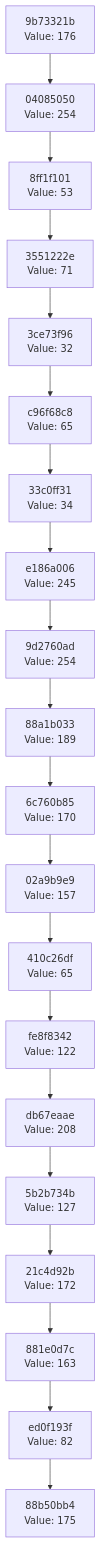
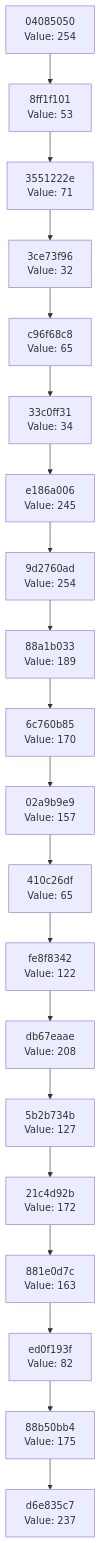
One commit to Abhisheksinha1506/hash-chain-evolver changed the diagram in docs/CHAIN_VISUALIZATION.md. Above: the diagram before and after it, drawn with Mermaid. The commit also changed 2 other files, not shown here.

Commit message:
Evolution step: hash 0xED → action executed

````diff
--- a/docs/CHAIN_VISUALIZATION.md
+++ b/docs/CHAIN_VISUALIZATION.md
@@ -3,42 +3,42 @@
 ```mermaid
 graph TD
-    C0["88b50bb4<br/>Value: 175"]
-    C1["ed0f193f<br/>Value: 82"]
+    C0["d6e835c7<br/>Value: 237"]
+    C1["88b50bb4<br/>Value: 175"]
     C1 --> C0
-    C2["881e0d7c<br/>Value: 163"]
+    C2["ed0f193f<br/>Value: 82"]
     C2 --> C1
-    C3["21c4d92b<br/>Value: 172"]
+    C3["881e0d7c<br/>Value: 163"]
     C3 --> C2
-    C4["5b2b734b<br/>Value: 127"]
+    C4["21c4d92b<br/>Value: 172"]
     C4 --> C3
-    C5["db67eaae<br/>Value: 208"]
+    C5["5b2b734b<br/>Value: 127"]
     C5 --> C4
-    C6["fe8f8342<br/>Value: 122"]
+    C6["db67eaae<br/>Value: 208"]
     C6 --> C5
-    C7["410c26df<br/>Value: 65"]
+    C7["fe8f8342<br/>Value: 122"]
     C7 --> C6
-    C8["02a9b9e9<br/>Value: 157"]
+    C8["410c26df<br/>Value: 65"]
     C8 --> C7
-    C9["6c760b85<br/>Value: 170"]
+    C9["02a9b9e9<br/>Value: 157"]
     C9 --> C8
-    C10["88a1b033<br/>Value: 189"]
+    C10["6c760b85<br/>Value: 170"]
     C10 --> C9
-    C11["9d2760ad<br/>Value: 254"]
+    C11["88a1b033<br/>Value: 189"]
     C11 --> C10
-    C12["e186a006<br/>Value: 245"]
+    C12["9d2760ad<br/>Value: 254"]
     C12 --> C11
-    C13["33c0ff31<br/>Value: 34"]
+    C13["e186a006<br/>Value: 245"]
     C13 --> C12
-    C14["c96f68c8<br/>Value: 65"]
+    C14["33c0ff31<br/>Value: 34"]
     C14 --> C13
-    C15["3ce73f96<br/>Value: 32"]
+    C15["c96f68c8<br/>Value: 65"]
     C15 --> C14
-    C16["3551222e<br/>Value: 71"]
+    C16["3ce73f96<br/>Value: 32"]
     C16 --> C15
-    C17["8ff1f101<br/>Value: 53"]
+    C17["3551222e<br/>Value: 71"]
     C17 --> C16
-    C18["04085050<br/>Value: 254"]
+    C18["8ff1f101<br/>Value: 53"]
     C18 --> C17
-    C19["9b73321b<br/>Value: 176"]
+    C19["04085050<br/>Value: 254"]
     C19 --> C18
 ```
````
